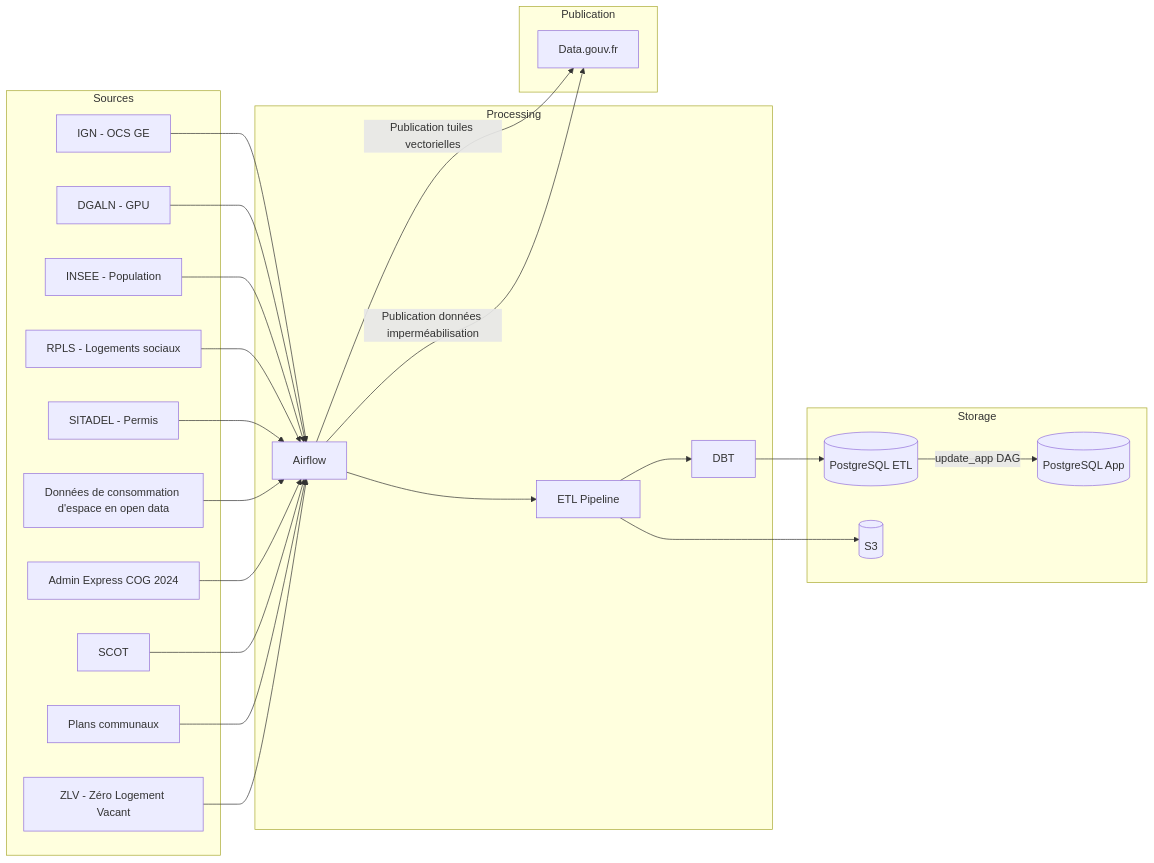
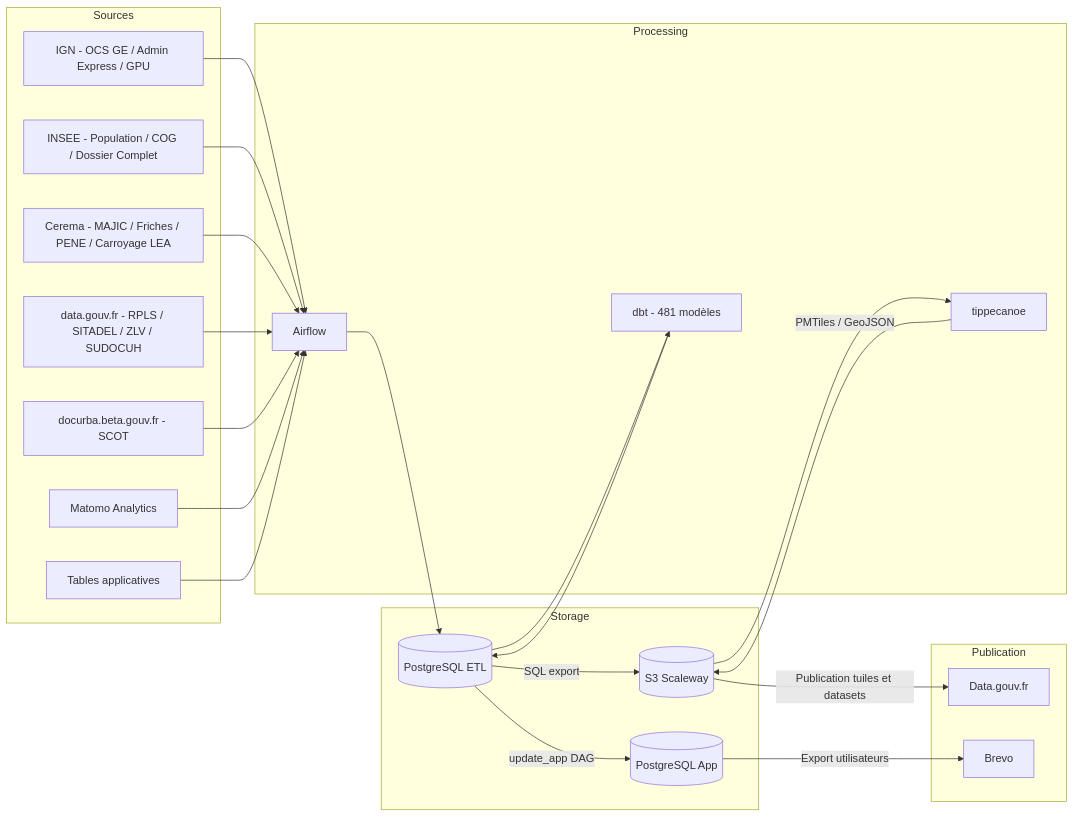
One commit to MTES-MCT/sparte changed the second of 3 diagrams in docs/dat.md. Above: the diagram before and after it, drawn with Mermaid. The commit also changed other lines of this file and 2 other files, not shown here.

````diff
--- a/docs/dat.md
+++ b/docs/dat.md
@@ -143,50 +283,47 @@
 ```mermaid
 flowchart LR
     subgraph Sources
-        IGN[IGN - OCS GE]
-        DGALN[DGALN - GPU]
-        INSEE[INSEE - Population]
-        RPLS[RPLS - Logements sociaux]
-        SITADEL[SITADEL - Permis]
-        OPENDATA[Données de consommation d'espace en open data]
-        ADMIN[Admin Express COG 2024]
-        SCOT[SCOT]
-        PLU[Plans communaux]
-        ZLV[ZLV - Zéro Logement Vacant]
+        IGN[IGN - OCS GE / Admin Express / GPU]
+        INSEE[INSEE - Population / COG / Dossier Complet]
+        CEREMA[Cerema - MAJIC / Friches / PENE / Carroyage LEA]
+        OPENDATA[data.gouv.fr - RPLS / SITADEL / ZLV / SUDOCUH]
+        DOCURBA[docurba.beta.gouv.fr - SCOT]
+        MATOMO_SRC[Matomo Analytics]
+        APP_SRC[Tables applicatives]
     end
 
     subgraph Processing
         AF[Airflow]
-        DBT[DBT]
-        ETL[ETL Pipeline]
+        DBT[dbt - 481 modèles]
+        TIPPECANOE[tippecanoe]
     end
 
     subgraph Storage
         PG[(PostgreSQL ETL)]
-        S3[(S3)]
+        S3[(S3 Scaleway)]
         APP_DB[(PostgreSQL App)]
     end
 
     subgraph Publication
         DG[Data.gouv.fr]
+        BREVO[Brevo]
     end
 
     IGN --> AF
-    DGALN --> AF
     INSEE --> AF
-    RPLS --> AF
-    SITADEL --> AF
+    CEREMA --> AF
     OPENDATA --> AF
-    ADMIN --> AF
-    SCOT --> AF
-    PLU --> AF
-    ZLV --> AF
-    
-    AF --> ETL
-    ETL --> DBT
+    DOCURBA --> AF
+    MATOMO_SRC --> AF
+    APP_SRC --> AF
+
+    AF --> PG
+    PG --> DBT
     DBT --> PG
-    ETL --> S3
     PG --> |update_app DAG| APP_DB
-    AF --> |Publication tuiles vectorielles| DG
-    AF --> |Publication données imperméabilisation| DG
+    PG --> |SQL export| S3
+    S3 --> TIPPECANOE
+    TIPPECANOE --> |PMTiles / GeoJSON| S3
+    S3 --> |Publication tuiles et datasets| DG
+    APP_DB --> |Export utilisateurs| BREVO
 ```
````
